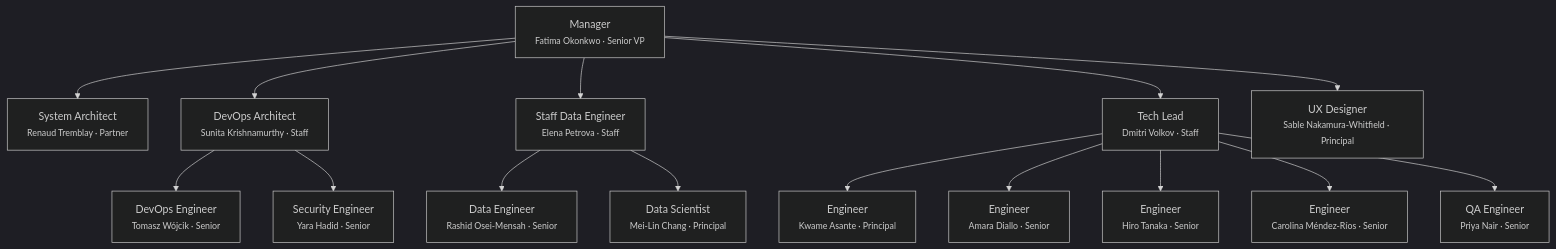
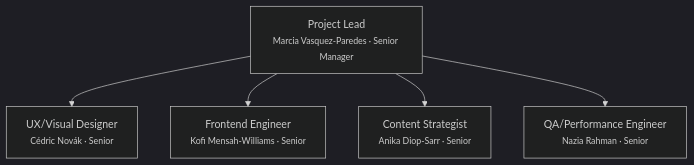
Before and after one commit to noorinalabs/noorinalabs-landing-page: the diagram in .claude/team/charter.md, drawn with Mermaid (dark theme). The commit also changed other lines of this file and 7 other files, not shown here.

````diff
--- a/.claude/team/charter.md
+++ b/.claude/team/charter.md
@@ -120,23 +118,9 @@
 ```mermaid
 graph TD
-    MGR["Manager<br/><small>Fatima Okonkwo · Senior VP</small>"]
+    PL["Project Lead<br/><small>Marcia Vasquez-Paredes · Senior Manager</small>"]
 
-    MGR --> SA["System Architect<br/><small>Renaud Tremblay · Partner</small>"]
-    MGR --> DA["DevOps Architect<br/><small>Sunita Krishnamurthy · Staff</small>"]
-    MGR --> DE_LEAD["Staff Data Engineer<br/><small>Elena Petrova · Staff</small>"]
-    MGR --> TL["Tech Lead<br/><small>Dmitri Volkov · Staff</small>"]
-
-    DA --> DEVOPS["DevOps Engineer<br/><small>Tomasz Wójcik · Senior</small>"]
-    DA --> SEC["Security Engineer<br/><small>Yara Hadid · Senior</small>"]
-
-    DE_LEAD --> D1["Data Engineer<br/><small>Rashid Osei-Mensah · Senior</small>"]
-    DE_LEAD --> D2["Data Scientist<br/><small>Mei-Lin Chang · Principal</small>"]
-
-    TL --> E1["Engineer<br/><small>Kwame Asante · Principal</small>"]
-    TL --> E2["Engineer<br/><small>Amara Diallo · Senior</small>"]
-    TL --> E3["Engineer<br/><small>Hiro Tanaka · Senior</small>"]
-    TL --> E4["Engineer<br/><small>Carolina Méndez-Ríos · Senior</small>"]
-    TL --> QA["QA Engineer<br/><small>Priya Nair · Senior</small>"]
-
-    MGR --> UX["UX Designer<br/><small>Sable Nakamura-Whitfield · Principal</small>"]
+    PL --> UX["UX/Visual Designer<br/><small>Cédric Novák · Senior</small>"]
+    PL --> FE["Frontend Engineer<br/><small>Kofi Mensah-Williams · Senior</small>"]
+    PL --> CS["Content Strategist<br/><small>Anika Diop-Sarr · Senior</small>"]
+    PL --> QA["QA/Performance Engineer<br/><small>Nazia Rahman · Senior</small>"]
 ```
````
